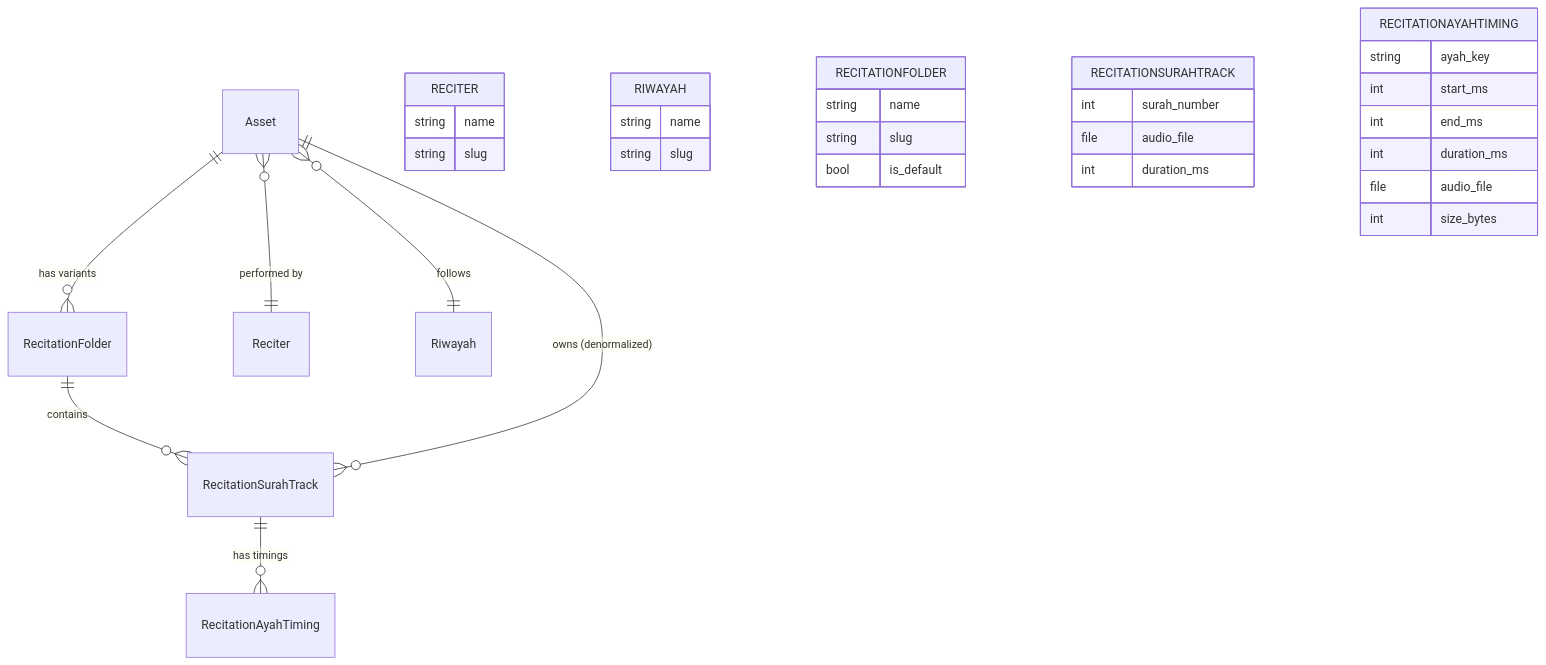
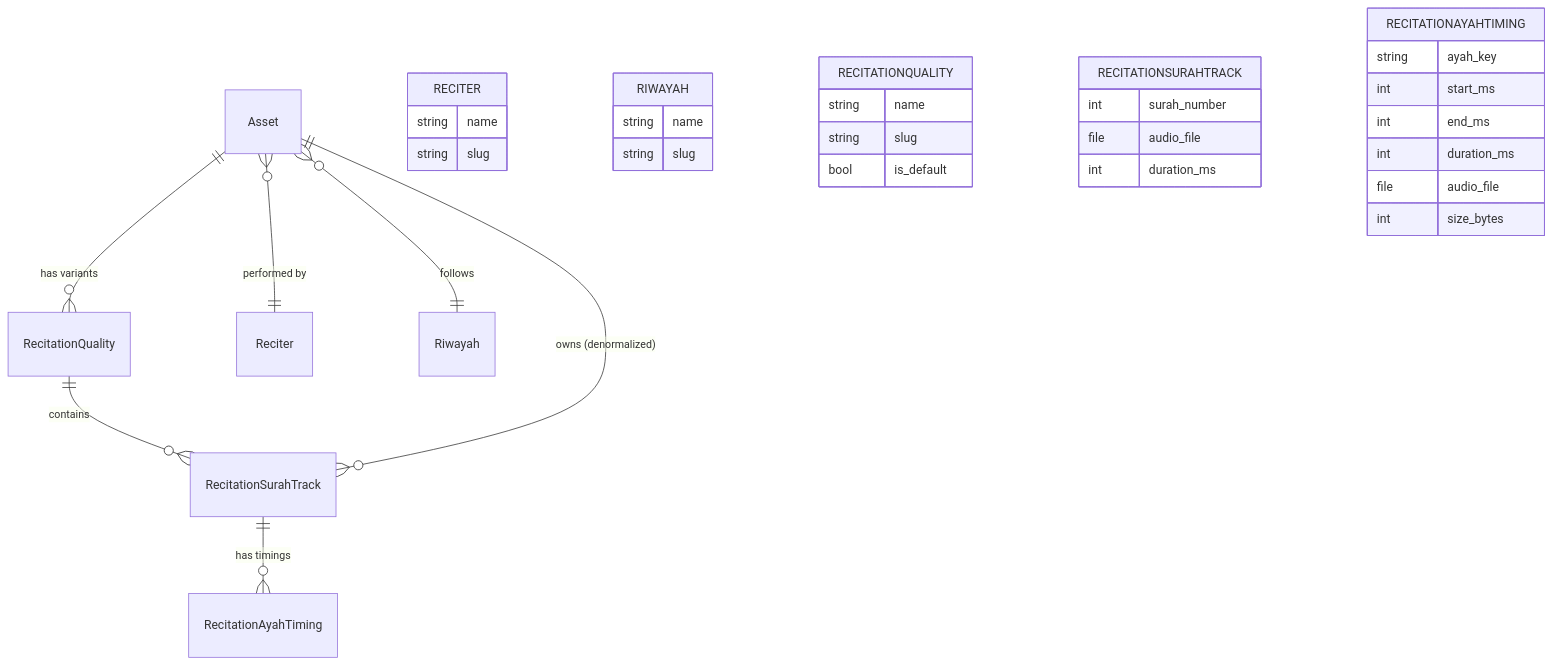
Before and after one commit to Itqan-community/cms-backend: the ninth of 10 diagrams in docs/ARCHITECTURE.md, drawn with Mermaid. The commit also changed other lines of this file and 76 other files, not shown here.

````diff
--- a/docs/ARCHITECTURE.md
+++ b/docs/ARCHITECTURE.md
@@ -854,40 +854,40 @@
 ```mermaid
 erDiagram
-    Asset ||--o{ RecitationFolder : "has variants"
-    RecitationFolder ||--o{ RecitationSurahTrack : "contains"
+    Asset ||--o{ RecitationQuality : "has variants"
+    RecitationQuality ||--o{ RecitationSurahTrack : "contains"
     Asset ||--o{ RecitationSurahTrack : "owns (denormalized)"
     RecitationSurahTrack ||--o{ RecitationAyahTiming : "has timings"
     Asset }o--|| Reciter : "performed by"
     Asset }o--|| Riwayah : "follows"
 
     RECITER {
         string name
         string slug
     }
 
     RIWAYAH {
         string name
         string slug
     }
 
-    RECITATIONFOLDER {
+    RECITATIONQUALITY {
         string name
         string slug
         bool is_default
     }
 
     RECITATIONSURAHTRACK {
         int surah_number
         file audio_file
         int duration_ms
     }
 
     RECITATIONAYAHTIMING {
         string ayah_key
         int start_ms
         int end_ms
         int duration_ms
         file audio_file
         int size_bytes
     }
 ```
````
